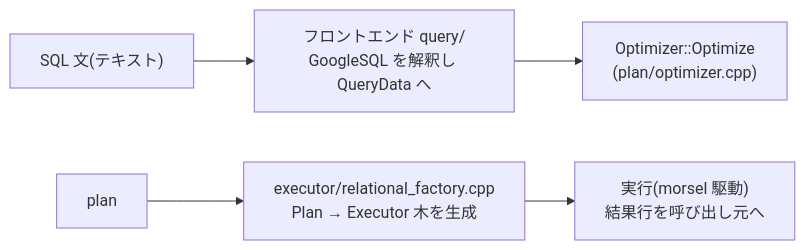
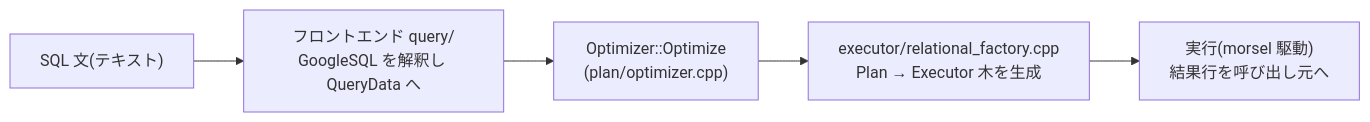
The second of 3 diagrams in docs/opt/part1-foundations/10-cascades-overview.md (kumagi/tinylamb), drawn with Mermaid before and after one commit. The commit also changed other lines of this file and 468 other files, not shown here.

````diff
--- a/docs/opt/part1-foundations/10-cascades-overview.md
+++ b/docs/opt/part1-foundations/10-cascades-overview.md
@@ -96,7 +105,7 @@
 ```mermaid
 flowchart LR
   sql["SQL 文(テキスト)"] --> fe["フロントエンド query/<br>GoogleSQL を解釈し QueryData へ"]
   fe --> opt["Optimizer::Optimize<br>(plan/optimizer.cpp)"]
-  plan --> fact["executor/relational_factory.cpp<br>Plan → Executor 木を生成"]
+  opt --> fact["executor/relational_factory.cpp<br>Plan → Executor 木を生成"]
   fact --> run["実行(morsel 駆動)<br>結果行を呼び出し元へ"]
 ```
````
